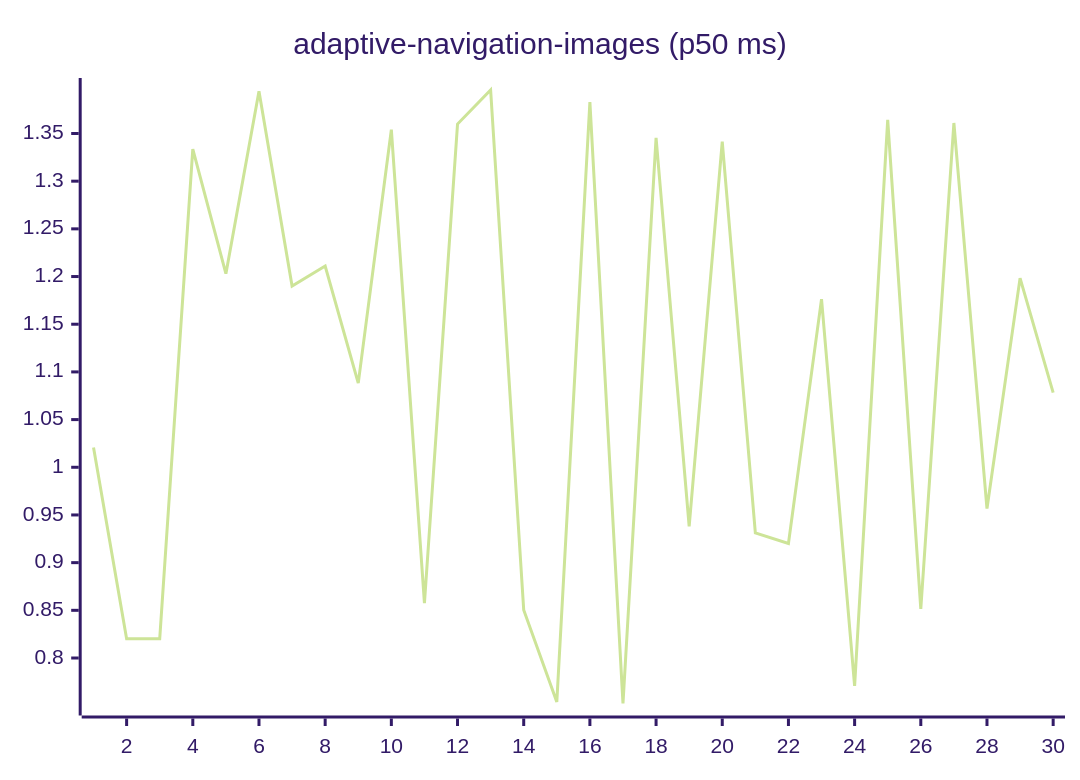
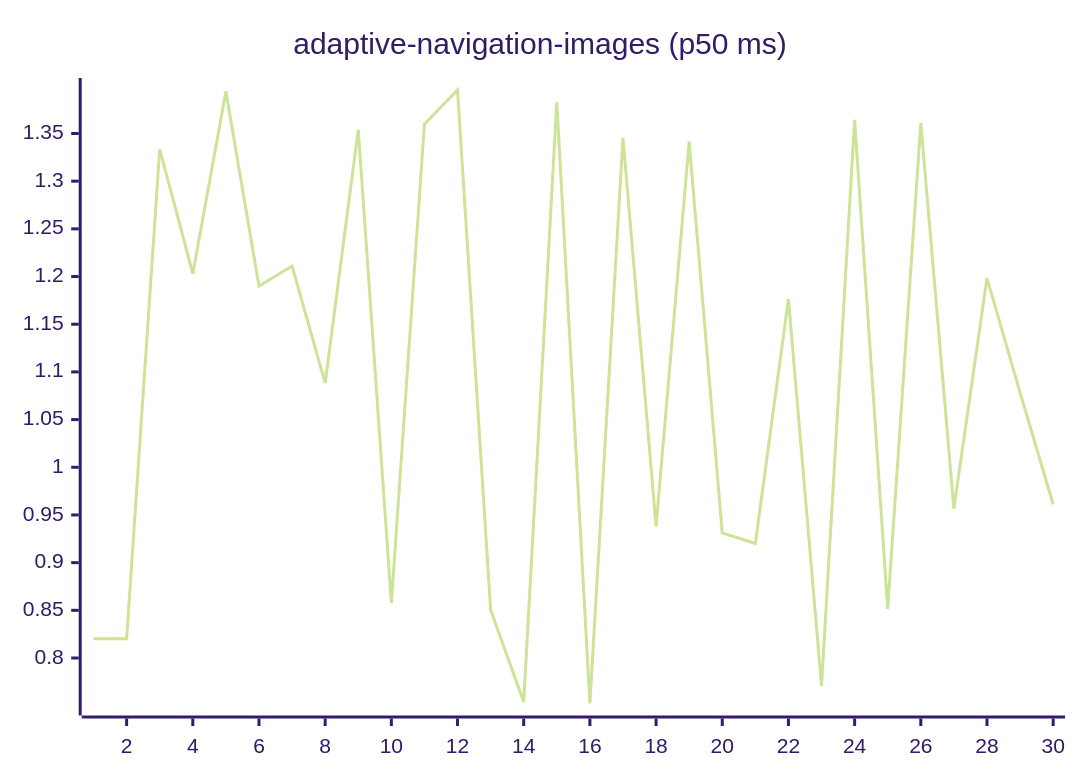
One commit to josha/Facet changed the first of 27 diagrams in README.md. Above: the diagram before and after it, drawn with Mermaid (forest theme). The commit also changed other lines of this file and 2 other files, not shown here.

````diff
--- a/README.md
+++ b/README.md
@@ -63,6 +63,6 @@
 ```mermaid
 xychart-beta
     title "adaptive-navigation-images (p50 ms)"
     x-axis 1 --> 30
-    line [1.0208, 0.8202, 0.8203, 1.3336, 1.2030, 1.3942, 1.1900, 1.2110, 1.0882, 1.3541, 0.8576, 1.3599, 1.3956, 0.8504, 0.7540, 1.3829, 0.7523, 1.3455, 0.9380, 1.3415, 0.9312, 0.9201, 1.1763, 0.7707, 1.3642, 0.8516, 1.3610, 0.9567, 1.1983, 1.0783]
+    line [0.8202, 0.8203, 1.3336, 1.2030, 1.3942, 1.1900, 1.2110, 1.0882, 1.3541, 0.8576, 1.3599, 1.3956, 0.8504, 0.7540, 1.3829, 0.7523, 1.3455, 0.9380, 1.3415, 0.9312, 0.9201, 1.1763, 0.7707, 1.3642, 0.8516, 1.3610, 0.9567, 1.1983, 1.0783, 0.9612]
 ```
````
